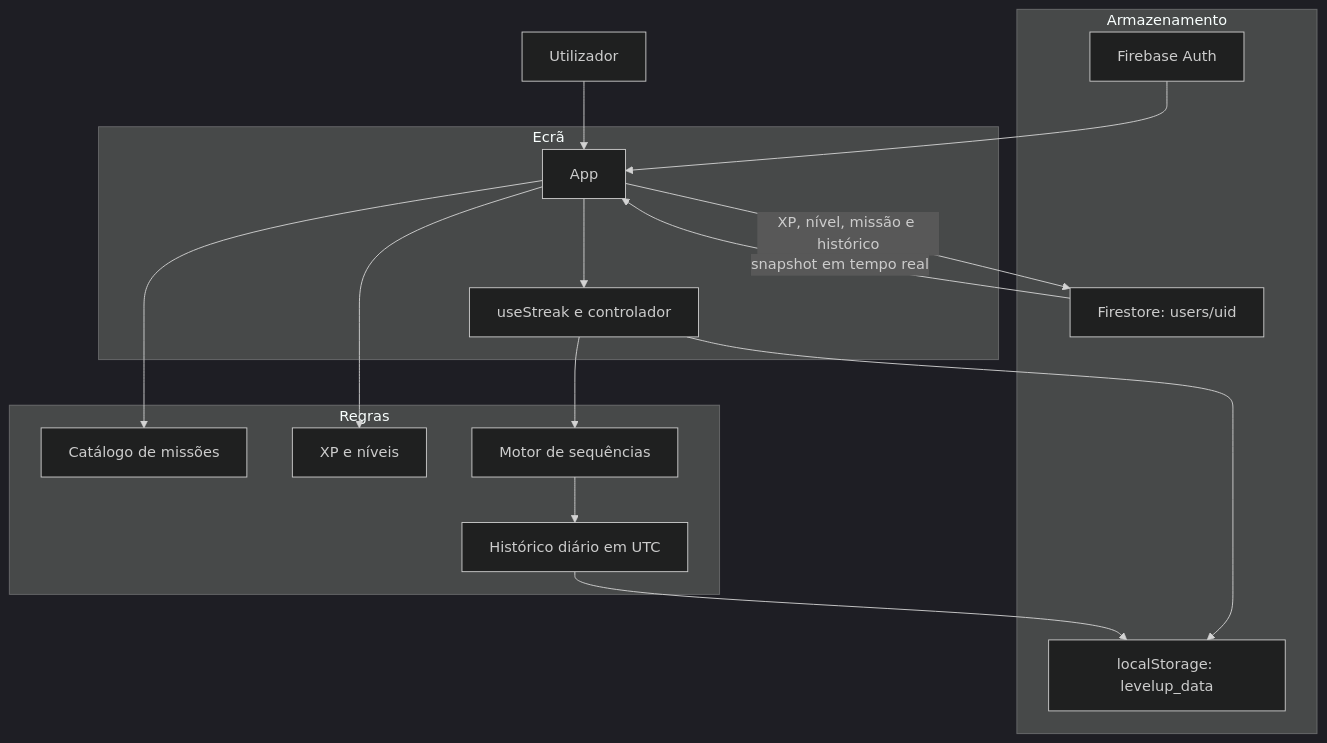
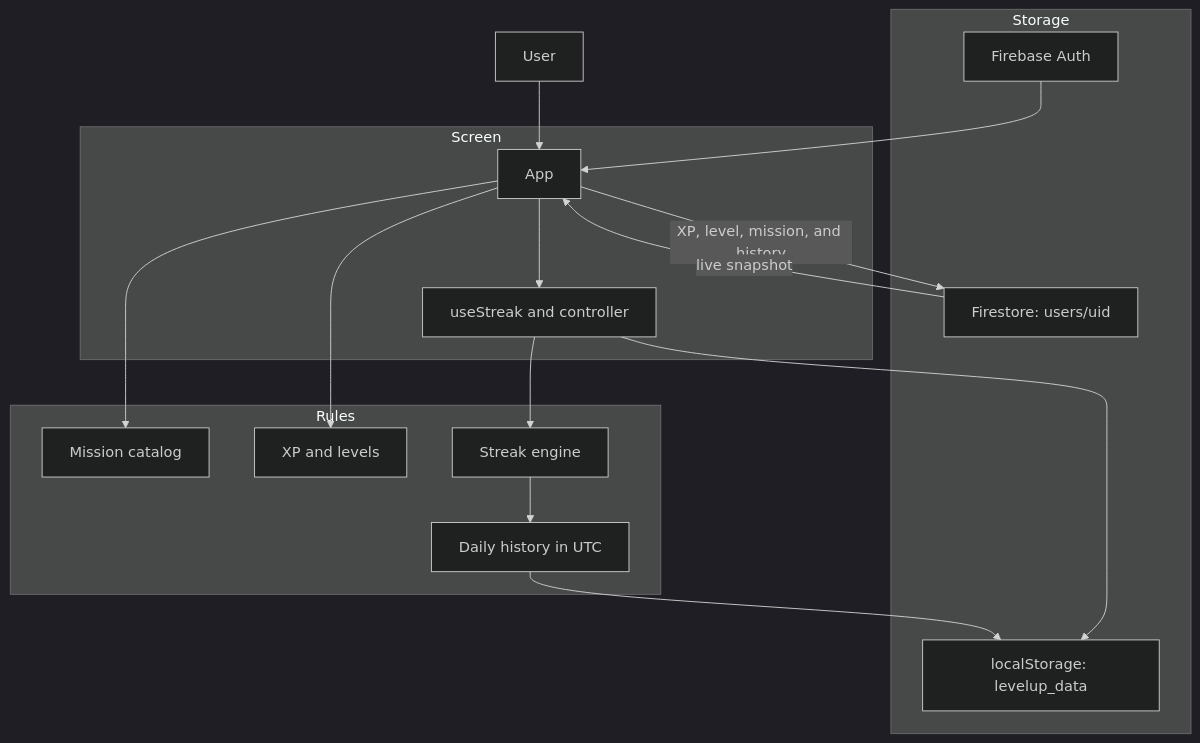
The diagram in README.md (ottonielmorais2008-rgb/level-up), drawn with Mermaid (dark theme) before and after one commit. The commit also changed other lines of this file, not shown here.

Commit message:
Translate the architecture and testing sections into English.
The README now describes the screen, progression rules, storage, and the Vitest commands in English, including the diagram labels.

````diff
--- a/README.md
+++ b/README.md
@@ -30,32 +30,32 @@
 ```mermaid
 flowchart TD
-  subgraph ecra [Ecrã]
+  subgraph screen [Screen]
     App["App"]
-    Hook["useStreak e controlador"]
+    Hook["useStreak and controller"]
   end
 
-  subgraph regras [Regras]
-    Missoes["Catálogo de missões"]
-    Progressao["XP e níveis"]
-    Motor["Motor de sequências"]
-    Historico["Histórico diário em UTC"]
+  subgraph rules [Rules]
+    Missions["Mission catalog"]
+    Progression["XP and levels"]
+    Engine["Streak engine"]
+    History["Daily history in UTC"]
   end
 
-  subgraph dados [Armazenamento]
+  subgraph storage [Storage]
     Local["localStorage: levelup_data"]
     Firestore["Firestore: users/uid"]
     Auth["Firebase Auth"]
   end
 
-  Utilizador["Utilizador"] --> App
-  App --> Missoes
-  App --> Progressao
+  User["User"] --> App
+  App --> Missions
+  App --> Progression
   App --> Hook
-  Hook --> Motor
-  Motor --> Historico
+  Hook --> Engine
+  Engine --> History
   Hook --> Local
-  Historico --> Local
-  App -->|"XP, nível, missão e histórico"| Firestore
-  Firestore -->|"snapshot em tempo real"| App
+  History --> Local
+  App -->|"XP, level, mission, and history"| Firestore
+  Firestore -->|"live snapshot"| App
   Auth --> App
 ```
````
